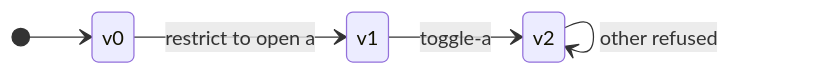
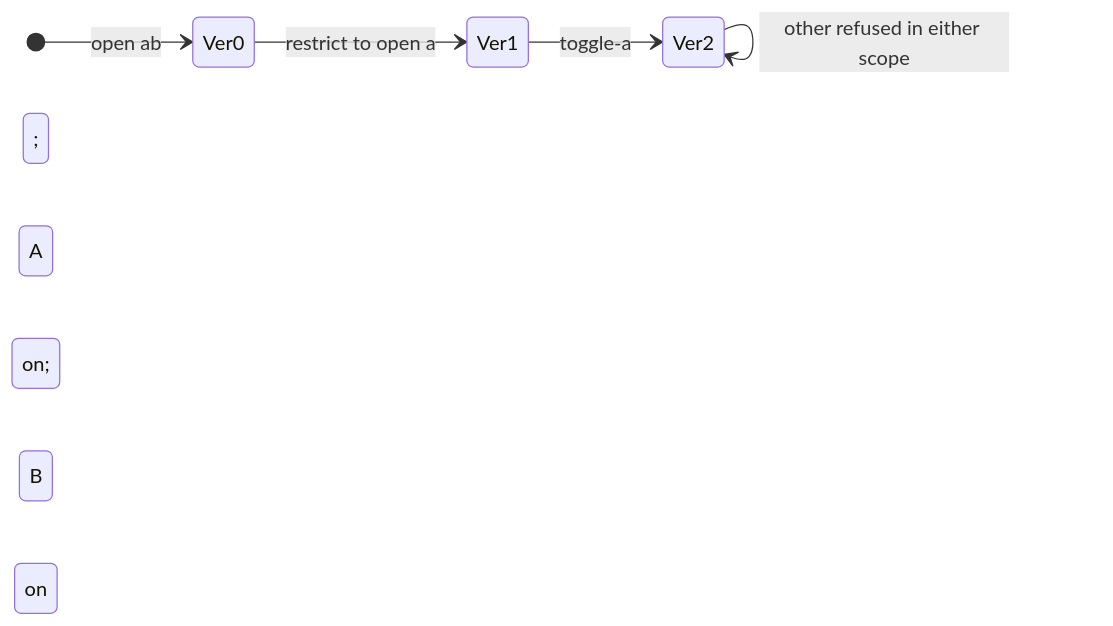
The diagram in procedure.md (wetware-hq/procedure), drawn with Mermaid before and after one commit. The commit also changed other lines of this file and 2 other files, not shown here.

````diff
--- a/procedure.md
+++ b/procedure.md
@@ -417,8 +620,8 @@
 ```mermaid
 stateDiagram-v2
   direction LR
-  [*] --> v0
-  v0 --> v1: restrict to open a
-  v1 --> v2: toggle-a
-  v2 --> v2: other refused
+  [*] --> Ver0: open ab; A on; B on
+  Ver0 --> Ver1: restrict to open a
+  Ver1 --> Ver2: toggle-a
+  Ver2 --> Ver2: other refused in either scope
 ```
````
